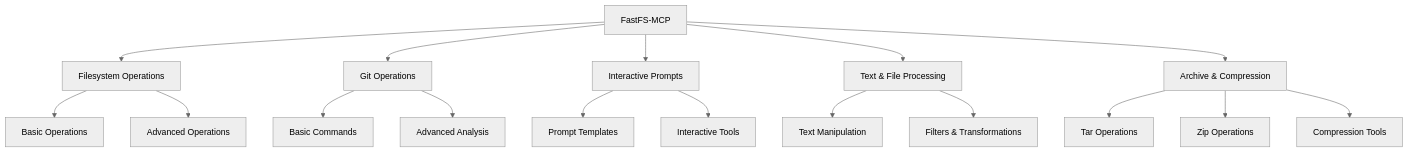
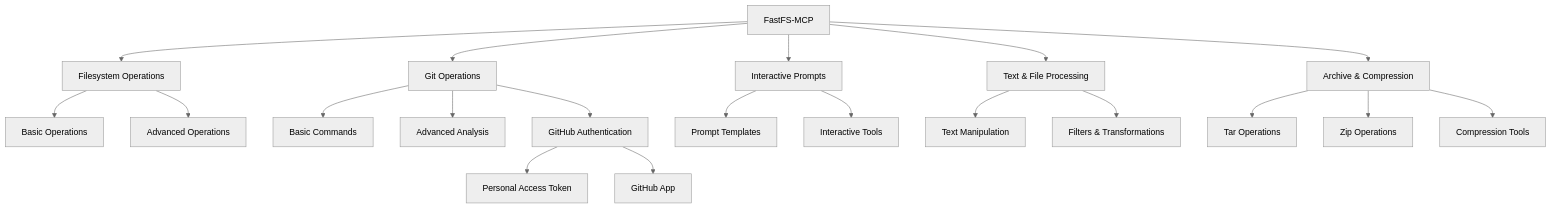
Before and after one commit to aj-geddes/fastfs-mcp: the third of 8 diagrams in README.md, drawn with Mermaid (neutral theme). The commit also changed other lines of this file and 4 other files, not shown here.

Commit message:
feat: Add GitHub App authentication support

````diff
--- a/README.md
+++ b/README.md
@@ -122,24 +166,28 @@
 ```mermaid
 graph TD
     MCP[FastFS-MCP] --> FS[Filesystem Operations]
     MCP --> Git[Git Operations]
     MCP --> Prompts[Interactive Prompts]
     MCP --> Processing[Text & File Processing]
     MCP --> Archive[Archive & Compression]
     
     FS --> Basic[Basic Operations]
     FS --> Advanced[Advanced Operations]
     
     Git --> BasicGit[Basic Commands]
     Git --> AdvancedGit[Advanced Analysis]
+    Git --> GitHubAuth[GitHub Authentication]
+    
+    GitHubAuth --> PAT[Personal Access Token]
+    GitHubAuth --> GitHubApp[GitHub App]
     
     Prompts --> Templates[Prompt Templates]
     Prompts --> Interactive[Interactive Tools]
     
     Processing --> Text[Text Manipulation]
     Processing --> Filters[Filters & Transformations]
     
     Archive --> Tar[Tar Operations]
     Archive --> Zip[Zip Operations]
     Archive --> Compress[Compression Tools]
 ```
````
